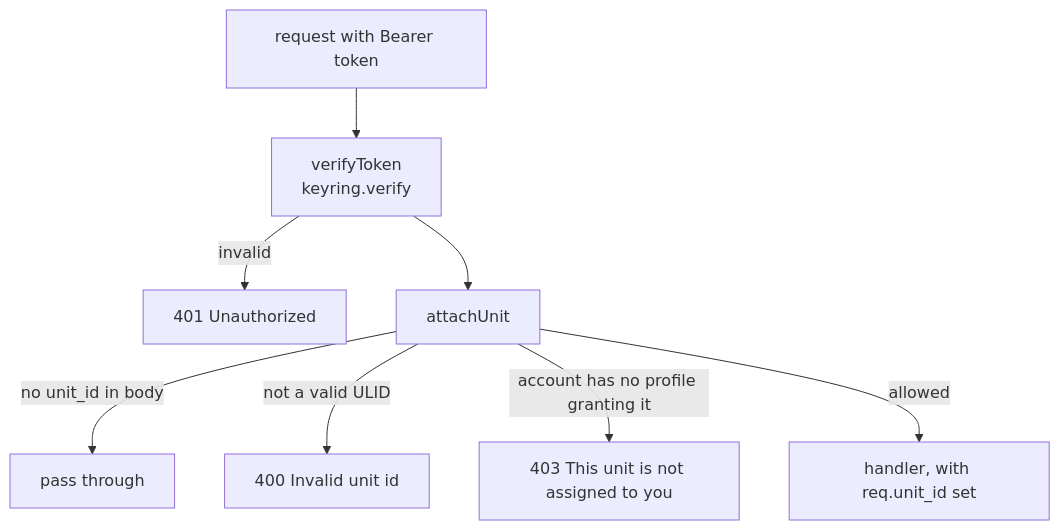
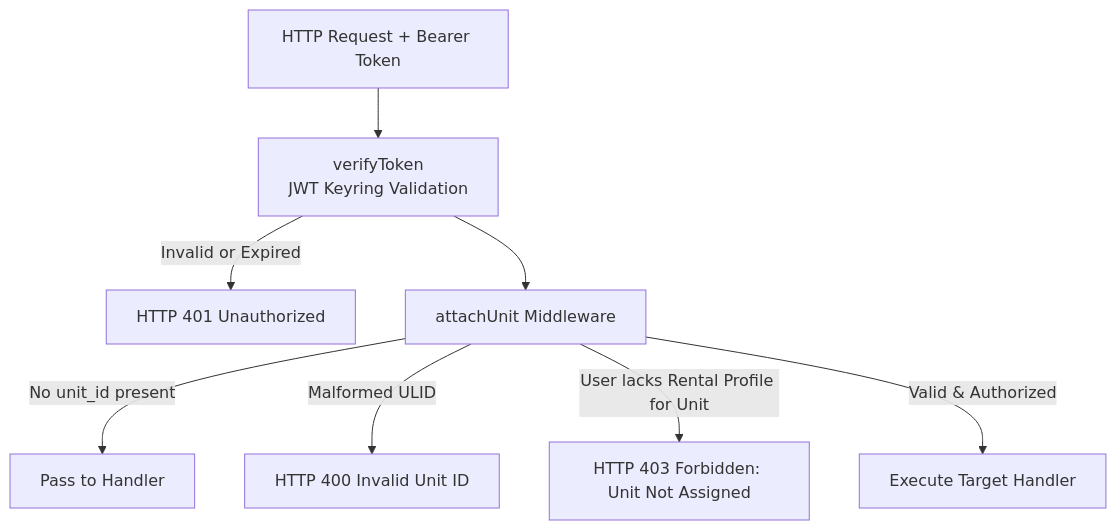
The second of 2 diagrams in docs/development/api-reference.md (itbdelaboprogramming/msd700_documentation), drawn with Mermaid before and after one commit. The commit also changed other lines of this file and 16 other files, not shown here.

Commit message:
docs: overhaul documentation structure and clarify fleet addressing and command schemas

````diff
--- a/docs/development/api-reference.md
+++ b/docs/development/api-reference.md
@@ -73,10 +65,10 @@
 ```mermaid
 flowchart TB
-  A["request with Bearer token"] --> B["verifyToken<br/>keyring.verify"]
-  B -->|invalid| E1["401 Unauthorized"]
-  B --> C["attachUnit"]
-  C -->|"no unit_id in body"| P["pass through"]
-  C -->|"not a valid ULID"| E2["400 Invalid unit id"]
-  C -->|"account has no profile granting it"| E3["403 This unit is not assigned to you"]
-  C -->|allowed| H["handler, with req.unit_id set"]
+  REQ["HTTP Request + Bearer Token"] --> V_TOK["verifyToken<br/>JWT Keyring Validation"]
+  V_TOK -->|Invalid or Expired| E_401["HTTP 401 Unauthorized"]
+  V_TOK --> ATTACH["attachUnit Middleware"]
+  ATTACH -->|No unit_id present| PASS["Pass to Handler"]
+  ATTACH -->|Malformed ULID| E_400["HTTP 400 Invalid Unit ID"]
+  ATTACH -->|User lacks Rental Profile for Unit| E_403["HTTP 403 Forbidden: Unit Not Assigned"]
+  ATTACH -->|Valid & Authorized| EXEC["Execute Target Handler"]
 ```
````
